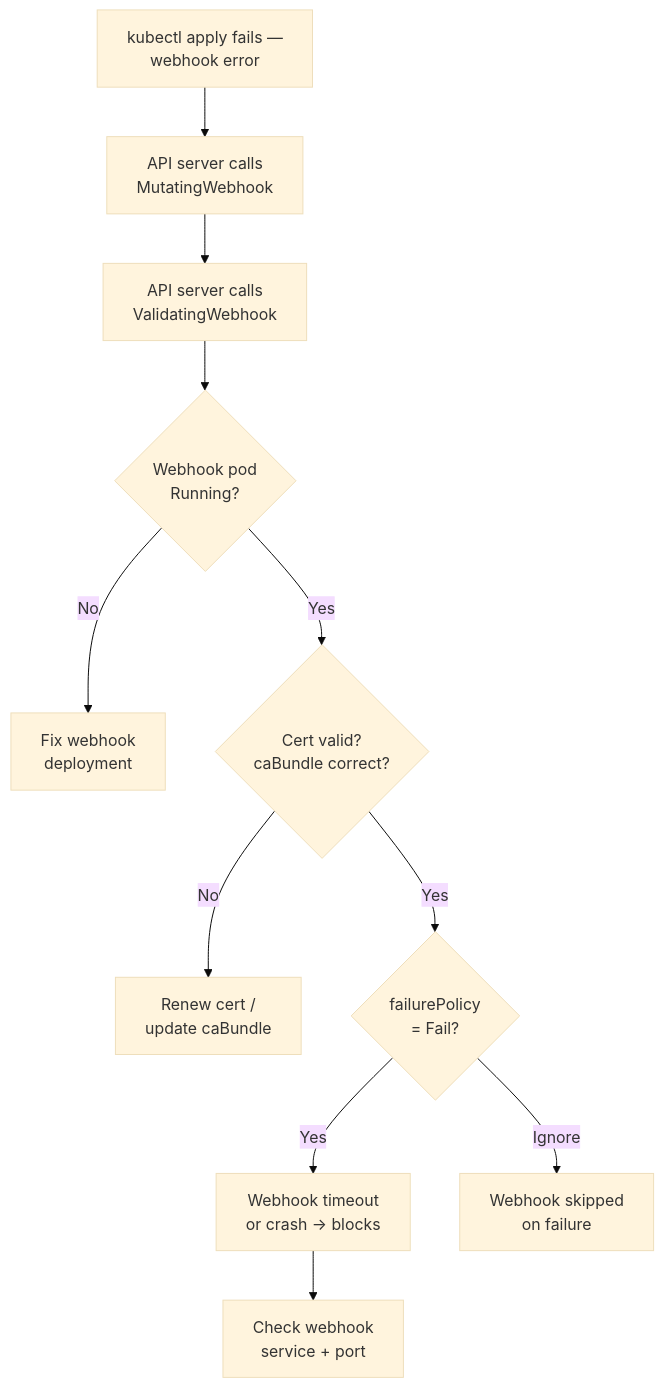
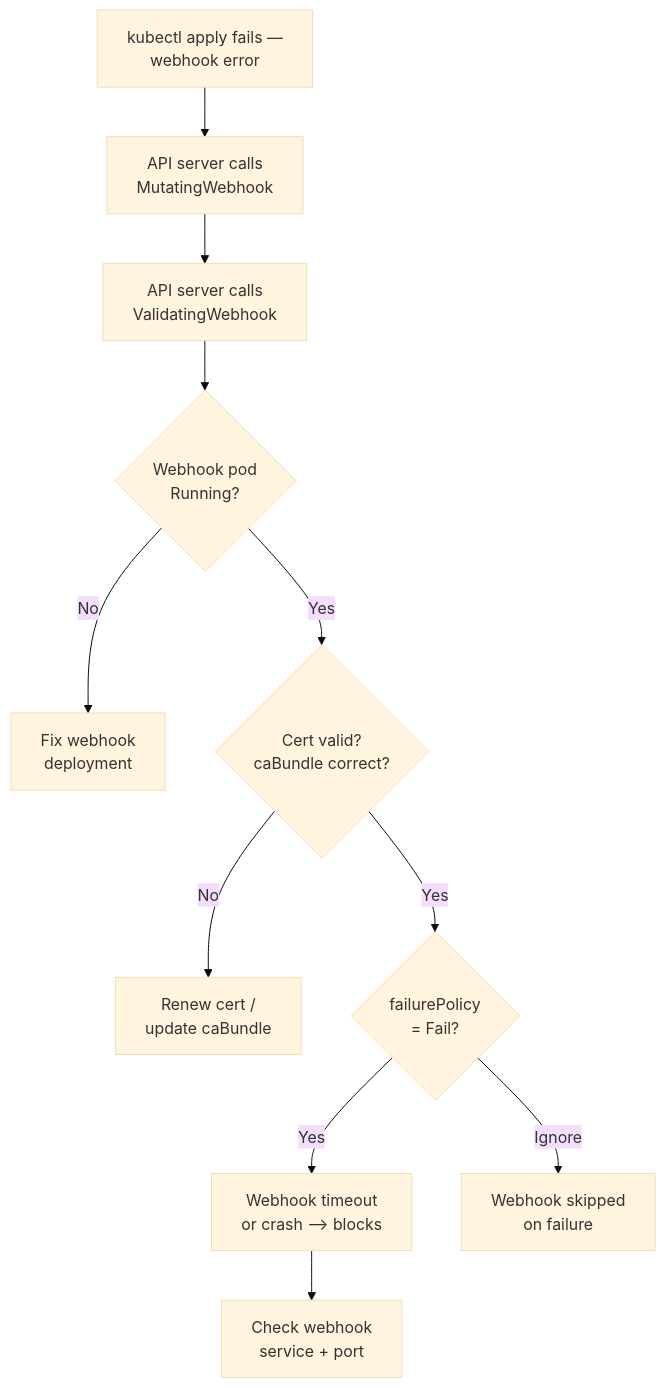
Before and after one commit to deepanshu-rawat6/tour-of-go: the seventh of 10 diagrams in devops/sre/k8s-scenarios.md, drawn with Mermaid (base theme). The commit also changed other lines of this file and 25 other files, not shown here.

````diff
--- a/devops/sre/k8s-scenarios.md
+++ b/devops/sre/k8s-scenarios.md
@@ -868,13 +868,13 @@
 ```mermaid
 flowchart TD
     A[kubectl apply fails —<br/>webhook error] --> B[API server calls<br/>MutatingWebhook]
     B --> C[API server calls<br/>ValidatingWebhook]
     C --> D{Webhook pod<br/>Running?}
     D -- No --> E[Fix webhook<br/>deployment]
     D -- Yes --> F{Cert valid?<br/>caBundle correct?}
     F -- No --> G[Renew cert /<br/>update caBundle]
     F -- Yes --> H{failurePolicy<br/>= Fail?}
-    H -- Yes --> I[Webhook timeout<br/>or crash → blocks]
+    H -- Yes --> I[Webhook timeout<br/>or crash --> blocks]
     H -- Ignore --> J[Webhook skipped<br/>on failure]
     I --> K[Check webhook<br/>service + port]
 ```
````
